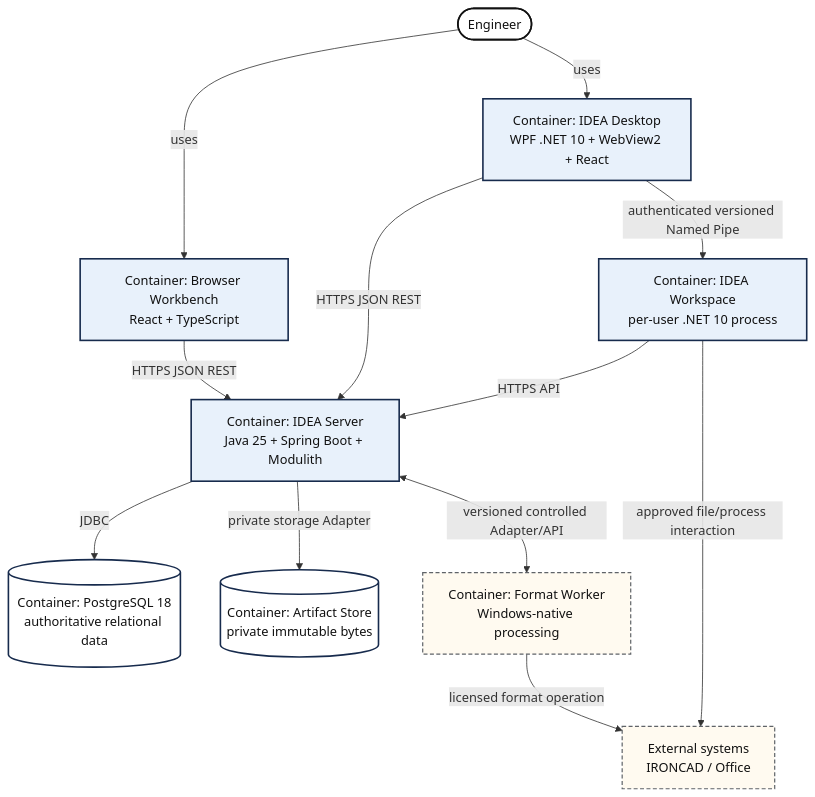
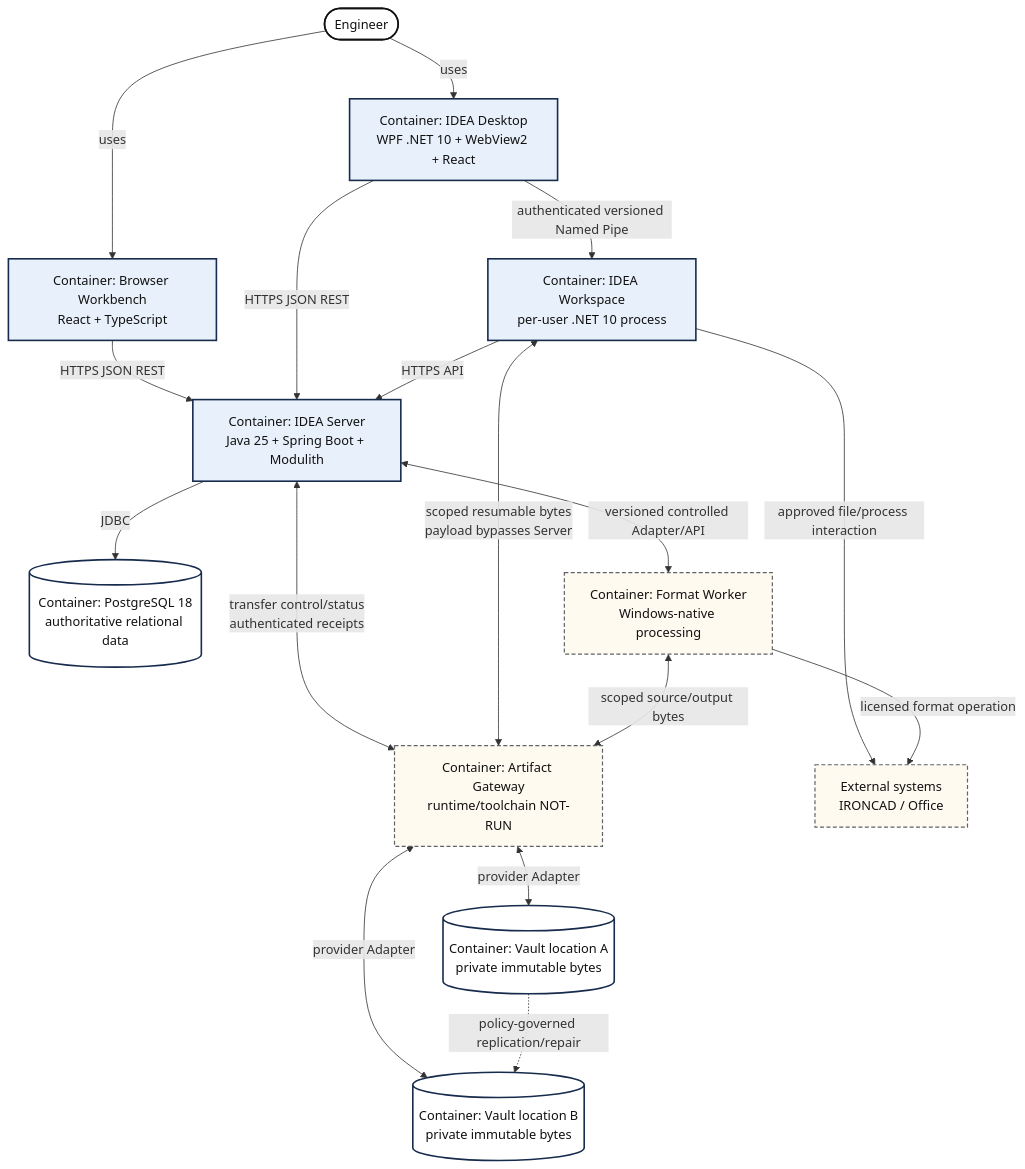
The second of 8 diagrams in docs/product/instances/idea-engineering/technology/IDEA-core-v0-technology-architecture-views.md (devphuclam/IDEAEngineering), drawn with Mermaid before and after one commit. The commit also changed other lines of this file and 496 other files, not shown here.

Commit message:
docs: update vault architecture and clean repository evidence

````diff
--- a/docs/product/instances/idea-engineering/technology/IDEA-core-v0-technology-architecture-views.md
+++ b/docs/product/instances/idea-engineering/technology/IDEA-core-v0-technology-architecture-views.md
@@ -114,36 +130,43 @@
 ```mermaid
 flowchart TB
     accTitle: C4 style container and technology boundaries for IDEA Core v0
-    accDescr: An engineer uses either a browser or the IDEA Desktop. The Desktop contains a narrow WPF and WebView2 host for the React interface. A separate Workspace process manages local engineering files and tools. All protected product calls go to one IDEA Server. The Server owns product coordination and uses PostgreSQL, a private Artifact Store and a separate Format Worker through labelled contracts.
+    accDescr: An engineer uses either a browser or the IDEA Desktop. A separate Workspace process manages local engineering files and tools. Protected business commands go to the IDEA Server. The Server authorizes the operation and selects a transfer location. Large file bytes then flow directly between Workspace and an Artifact Gateway, which stores or reads immutable bytes from one of multiple Vault locations. The Gateway returns transfer evidence but cannot publish a Generation.
 
     Engineer([Engineer])
     Browser[Container: Browser Workbench<br/>React + TypeScript]
     Desktop[Container: IDEA Desktop<br/>WPF .NET 10 + WebView2 + React]
     Workspace[Container: IDEA Workspace<br/>per-user .NET 10 process]
     Server[Container: IDEA Server<br/>Java 25 + Spring Boot + Modulith]
     Database[(Container: PostgreSQL 18<br/>authoritative relational data)]
-    Artifacts[(Container: Artifact Store<br/>private immutable bytes)]
+    Gateway[Container: Artifact Gateway<br/>runtime/toolchain NOT-RUN]
+    VaultA[(Container: Vault location A<br/>private immutable bytes)]
+    VaultB[(Container: Vault location B<br/>private immutable bytes)]
     Worker[Container: Format Worker<br/>Windows-native processing]
     Apps[External systems<br/>IRONCAD / Office]
 
     Engineer -->|uses| Browser
     Engineer -->|uses| Desktop
     Browser -->|HTTPS JSON REST| Server
     Desktop -->|HTTPS JSON REST| Server
     Desktop -->|authenticated versioned Named Pipe| Workspace
     Workspace -->|HTTPS API| Server
     Workspace -->|approved file/process interaction| Apps
     Server -->|JDBC| Database
-    Server -->|private storage Adapter| Artifacts
+    Server <-->|transfer control/status<br/>authenticated receipts| Gateway
+    Workspace <--> |scoped resumable bytes<br/>payload bypasses Server| Gateway
+    Gateway <--> |provider Adapter| VaultA
+    Gateway <--> |provider Adapter| VaultB
+    VaultA -.->|policy-governed replication/repair| VaultB
     Server <--> |versioned controlled Adapter/API| Worker
+    Worker <-->|scoped source/output bytes| Gateway
     Worker -->|licensed format operation| Apps
 
     classDef person fill:#fff,stroke:#111,stroke-width:2px,color:#111;
     classDef selected fill:#e8f1fb,stroke:#172b4d,stroke-width:2px,color:#111;
     classDef data fill:#fff,stroke:#172b4d,stroke-width:2px,color:#111;
     classDef external fill:#fffaf0,stroke:#5f6368,stroke-width:1.5px,stroke-dasharray:5 3,color:#111;
     class Engineer person;
     class Browser,Desktop,Workspace,Server selected;
-    class Database,Artifacts data;
-    class Worker,Apps external;
+    class Database,VaultA,VaultB data;
+    class Gateway,Worker,Apps external;
 ```
````
